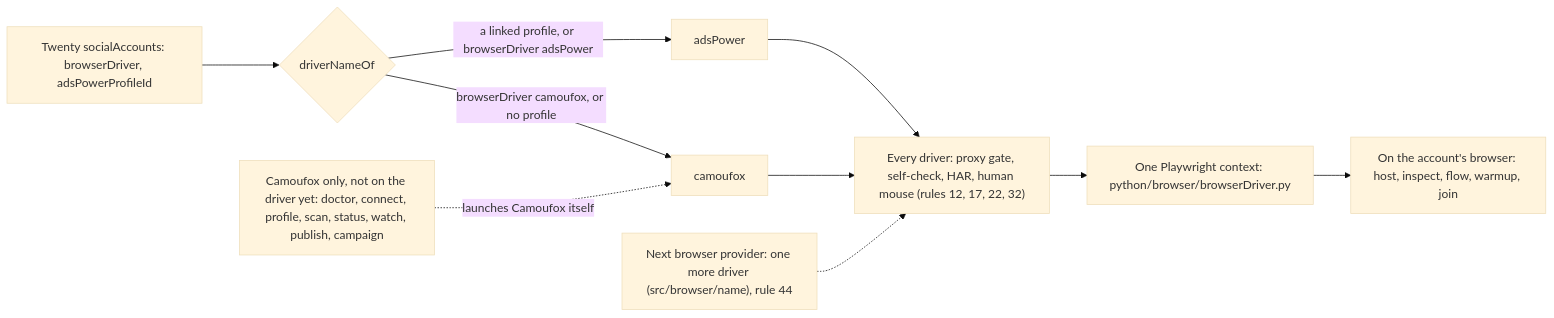
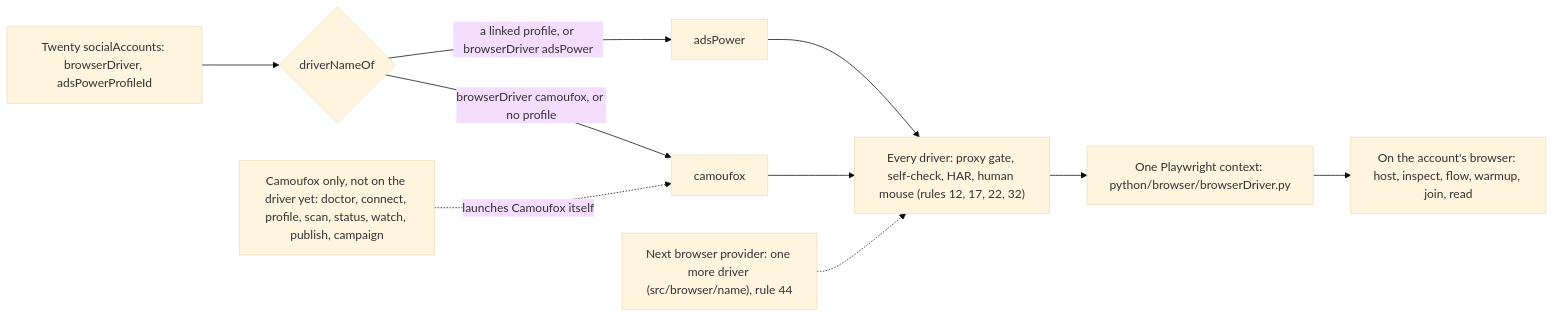
The diagram in docs/diagrams/browsers.mmd (matthewdonsemail-lab/log), drawn with Mermaid (base theme) before and after one commit. The commit also changed 31 other files, not shown here.

```diff
--- a/docs/diagrams/browsers.mmd
+++ b/docs/diagrams/browsers.mmd
@@ -1,18 +1,18 @@
 %% The browser layer. log-cli is browser-agnostic: each account's browser is a driver picked from Twenty, AdsPower first, and every driver opens through the same gates. From `BROWSER_DRIVERS` (`src/browser/driver`) and `commandBrowser` (`src/browser/run`).
 %% Written by `bun run docs:build` from the code (rule 56). Not edited by hand.
 flowchart LR
   twenty["Twenty socialAccounts: browserDriver, adsPowerProfileId"]
   pick{"driverNameOf"}
   gates["Every driver: proxy gate, self-check, HAR, human mouse (rules 12, 17, 22, 32)"]
   session["One Playwright context: python/browser/browserDriver.py"]
   twenty --> pick
   pick -->|"browserDriver camoufox, or no profile"| d_camoufox["camoufox"]
   pick -->|"a linked profile, or browserDriver adsPower"| d_adsPower["adsPower"]
   d_camoufox --> gates
   d_adsPower --> gates
   more["Next browser provider: one more driver (src/browser/name), rule 44"] -.-> gates
   gates --> session
-  account["On the account's browser: host, inspect, flow, warmup, join"]
+  account["On the account's browser: host, inspect, flow, warmup, join, read"]
   camoufox["Camoufox only, not on the driver yet: doctor, connect, profile, scan, status, watch, publish, campaign"]
   session --> account
   camoufox -.->|"launches Camoufox itself"| d_camoufox
```
